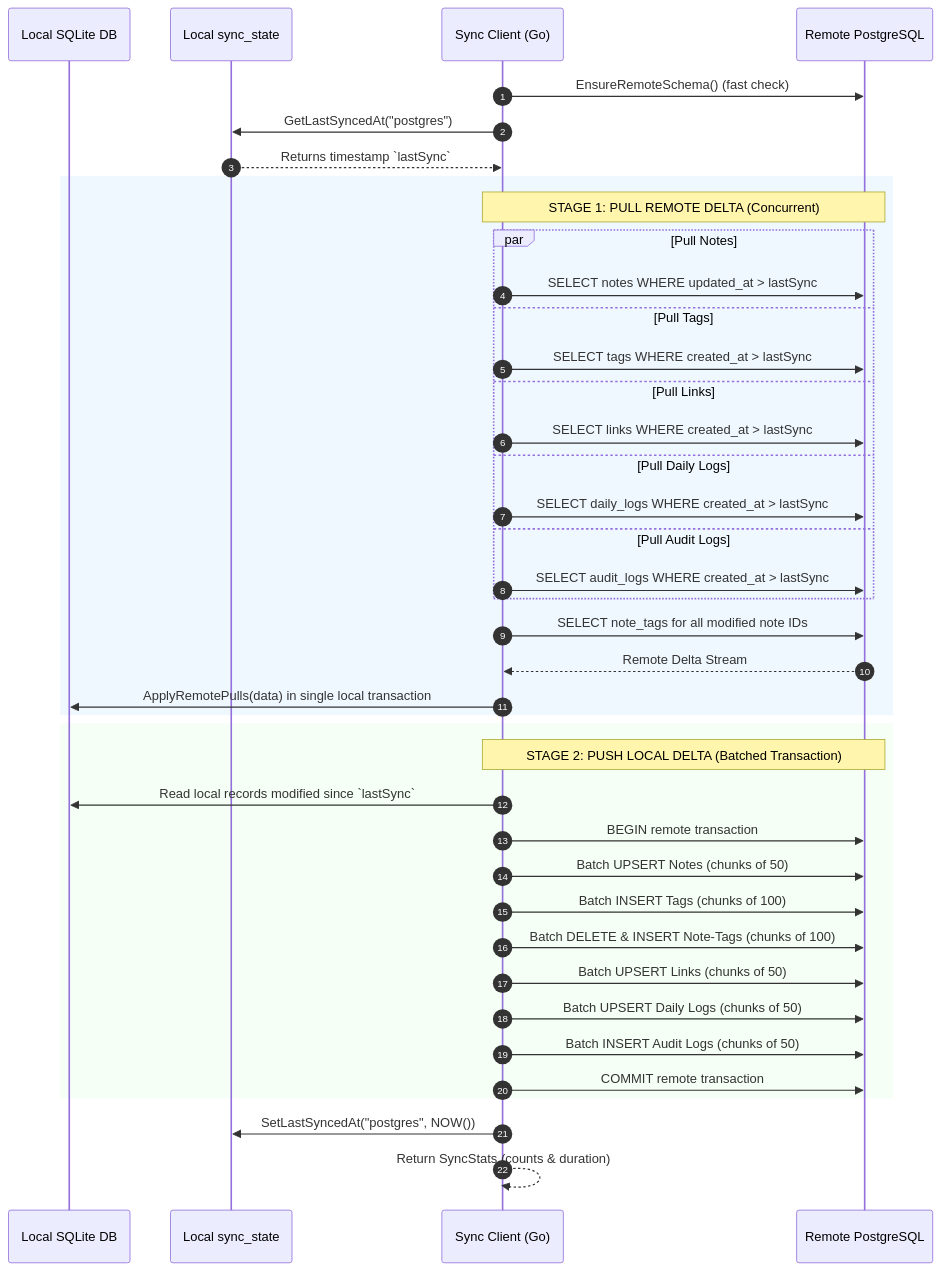
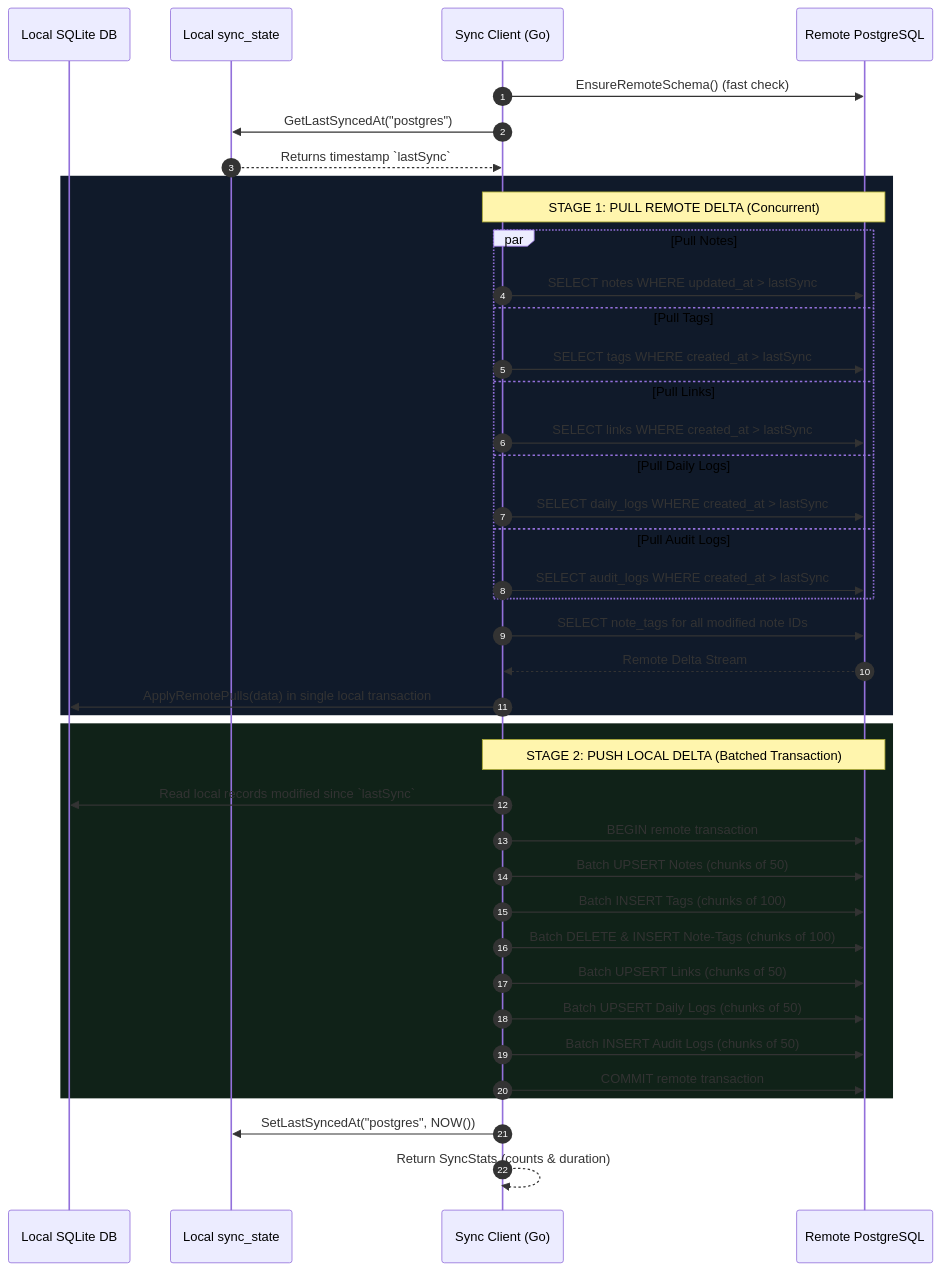
Before and after one commit to tsusheel/kb-cli: the diagram in docs/05-postgres-sync-engine.md, drawn with Mermaid. The commit also changed 23 other files, not shown here.

````diff
--- a/docs/05-postgres-sync-engine.md
+++ b/docs/05-postgres-sync-engine.md
@@ -144,46 +144,46 @@
 ```mermaid
 sequenceDiagram
     autonumber
     participant LocalSQLite as Local SQLite DB
     participant SyncState as Local sync_state
     participant Client as Sync Client (Go)
     participant RemotePG as Remote PostgreSQL
 
     Client->>RemotePG: EnsureRemoteSchema() (fast check)
     Client->>SyncState: GetLastSyncedAt("postgres")
     SyncState-->>Client: Returns timestamp `lastSync`
 
-    rect rgb(240, 248, 255)
+    rect rgb(16, 26, 42)
         Note over Client,RemotePG: STAGE 1: PULL REMOTE DELTA (Concurrent)
         par Pull Notes
             Client->>RemotePG: SELECT notes WHERE updated_at > lastSync
         and Pull Tags
             Client->>RemotePG: SELECT tags WHERE created_at > lastSync
         and Pull Links
             Client->>RemotePG: SELECT links WHERE created_at > lastSync
         and Pull Daily Logs
             Client->>RemotePG: SELECT daily_logs WHERE created_at > lastSync
         and Pull Audit Logs
             Client->>RemotePG: SELECT audit_logs WHERE created_at > lastSync
         end
         Client->>RemotePG: SELECT note_tags for all modified note IDs
         RemotePG-->>Client: Remote Delta Stream
         Client->>LocalSQLite: ApplyRemotePulls(data) in single local transaction
     end
 
-    rect rgb(245, 255, 245)
+    rect rgb(16, 34, 24)
         Note over Client,RemotePG: STAGE 2: PUSH LOCAL DELTA (Batched Transaction)
         Client->>LocalSQLite: Read local records modified since `lastSync`
         Client->>RemotePG: BEGIN remote transaction
         Client->>RemotePG: Batch UPSERT Notes (chunks of 50)
         Client->>RemotePG: Batch INSERT Tags (chunks of 100)
         Client->>RemotePG: Batch DELETE & INSERT Note-Tags (chunks of 100)
         Client->>RemotePG: Batch UPSERT Links (chunks of 50)
         Client->>RemotePG: Batch UPSERT Daily Logs (chunks of 50)
         Client->>RemotePG: Batch INSERT Audit Logs (chunks of 50)
         Client->>RemotePG: COMMIT remote transaction
     end
 
     Client->>SyncState: SetLastSyncedAt("postgres", NOW())
     Client-->>Client: Return SyncStats (counts & duration)
 ```
````
